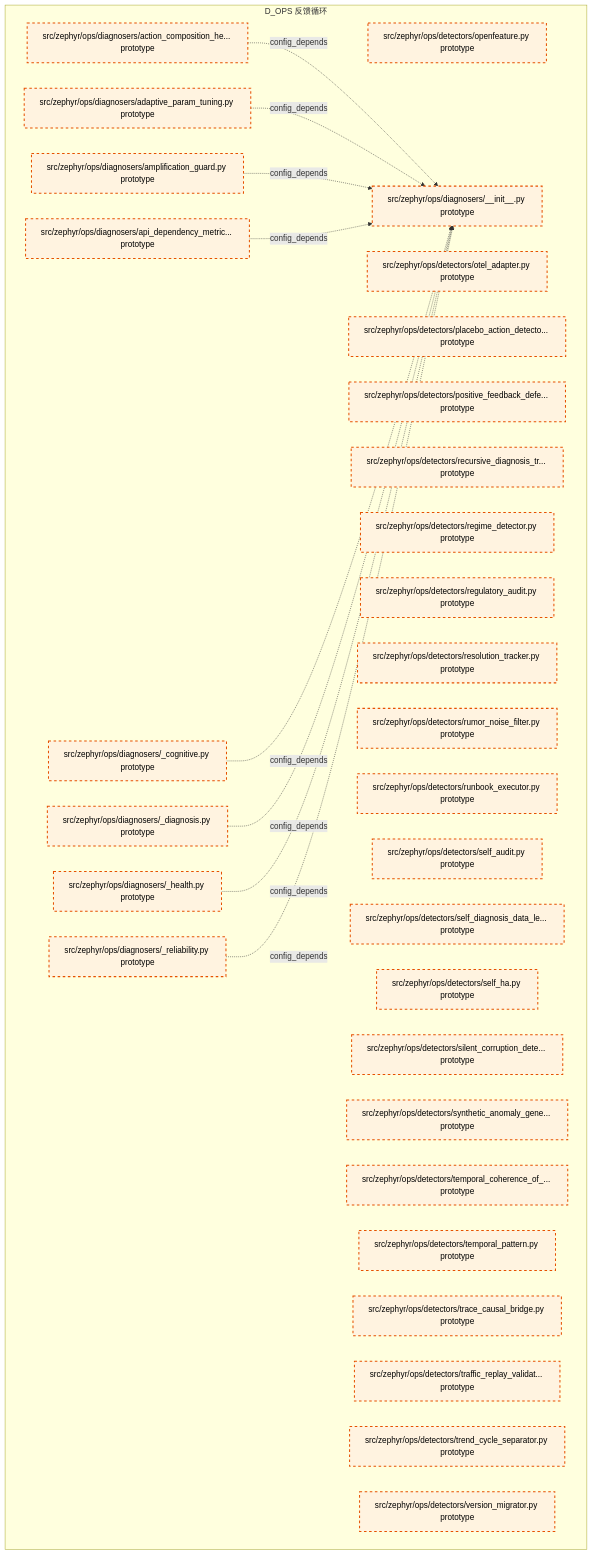
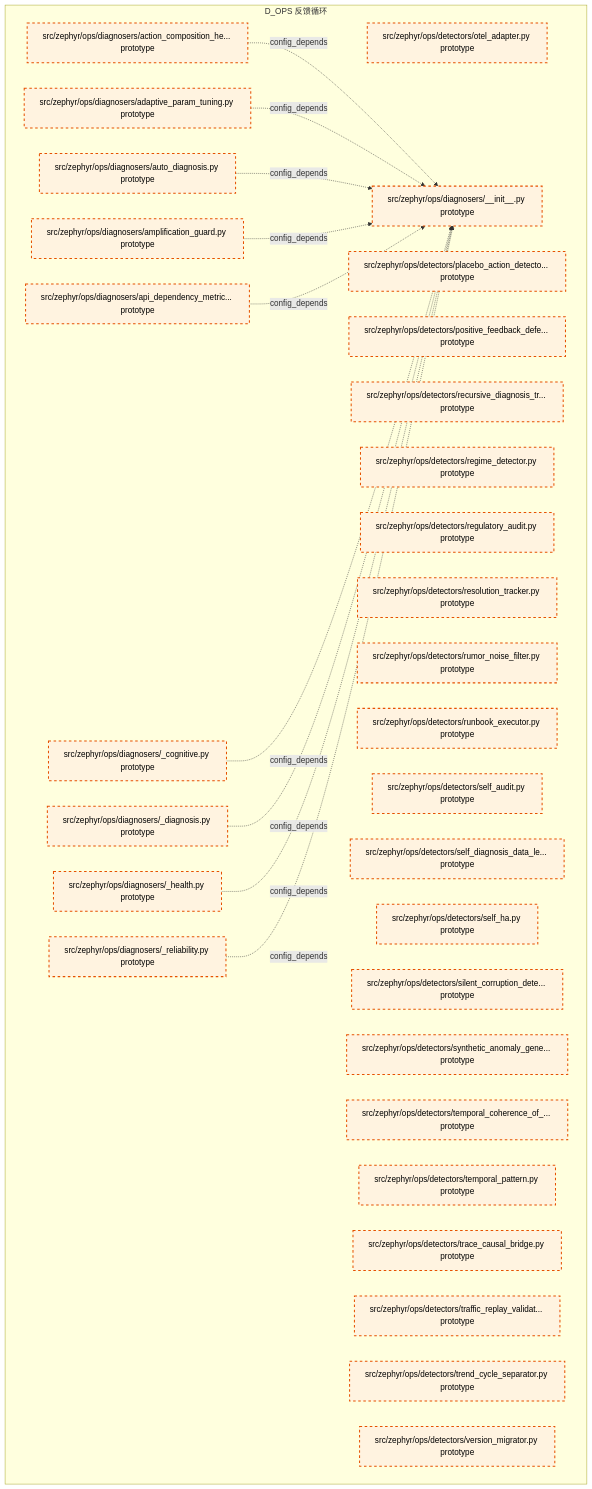
The fifth of 14 diagrams in docs/02_enterprise_architecture/02_domain_architecture_docs/16_d_ops.md (xuanFelixVan/ZephyrAlpha), drawn with Mermaid before and after one commit. The commit also changed other lines of this file and 105 other files, not shown here.

````diff
--- a/docs/02_enterprise_architecture/02_domain_architecture_docs/16_d_ops.md
+++ b/docs/02_enterprise_architecture/02_domain_architecture_docs/16_d_ops.md
@@ -324,48 +324,49 @@
 ```mermaid
 graph TD
     subgraph D_OPS["D_OPS 反馈循环"]
-        src_zephyr_ops_detectors_openfeature_py["src/zephyr/ops/detectors/openfeature.py prototype"]
         src_zephyr_ops_detectors_otel_adapter_py["src/zephyr/ops/detectors/otel_adapter.py prototype"]
         src_zephyr_ops_detectors_placebo_action_detector_py["src/zephyr/ops/detectors/placebo_action_detecto... prototype"]
         src_zephyr_ops_detectors_positive_feedback_defense_py["src/zephyr/ops/detectors/positive_feedback_defe... prototype"]
         src_zephyr_ops_detectors_recursive_diagnosis_trust_evaluator_py["src/zephyr/ops/detectors/recursive_diagnosis_tr... prototype"]
         src_zephyr_ops_detectors_regime_detector_py["src/zephyr/ops/detectors/regime_detector.py prototype"]
         src_zephyr_ops_detectors_regulatory_audit_py["src/zephyr/ops/detectors/regulatory_audit.py prototype"]
         src_zephyr_ops_detectors_resolution_tracker_py["src/zephyr/ops/detectors/resolution_tracker.py prototype"]
         src_zephyr_ops_detectors_rumor_noise_filter_py["src/zephyr/ops/detectors/rumor_noise_filter.py prototype"]
         src_zephyr_ops_detectors_runbook_executor_py["src/zephyr/ops/detectors/runbook_executor.py prototype"]
         src_zephyr_ops_detectors_self_audit_py["src/zephyr/ops/detectors/self_audit.py prototype"]
         src_zephyr_ops_detectors_self_diagnosis_data_leak_detector_py["src/zephyr/ops/detectors/self_diagnosis_data_le... prototype"]
         src_zephyr_ops_detectors_self_ha_py["src/zephyr/ops/detectors/self_ha.py prototype"]
         src_zephyr_ops_detectors_silent_corruption_detector_py["src/zephyr/ops/detectors/silent_corruption_dete... prototype"]
         src_zephyr_ops_detectors_synthetic_anomaly_generator_py["src/zephyr/ops/detectors/synthetic_anomaly_gene... prototype"]
         src_zephyr_ops_detectors_temporal_coherence_of_self_model_py["src/zephyr/ops/detectors/temporal_coherence_of_... prototype"]
         src_zephyr_ops_detectors_temporal_pattern_py["src/zephyr/ops/detectors/temporal_pattern.py prototype"]
         src_zephyr_ops_detectors_trace_causal_bridge_py["src/zephyr/ops/detectors/trace_causal_bridge.py prototype"]
         src_zephyr_ops_detectors_traffic_replay_validator_py["src/zephyr/ops/detectors/traffic_replay_validat... prototype"]
         src_zephyr_ops_detectors_trend_cycle_separator_py["src/zephyr/ops/detectors/trend_cycle_separator.py prototype"]
         src_zephyr_ops_detectors_version_migrator_py["src/zephyr/ops/detectors/version_migrator.py prototype"]
         src_zephyr_ops_diagnosers_init_py["src/zephyr/ops/diagnosers/__init__.py prototype"]
         src_zephyr_ops_diagnosers_cognitive_py["src/zephyr/ops/diagnosers/_cognitive.py prototype"]
         src_zephyr_ops_diagnosers_diagnosis_py["src/zephyr/ops/diagnosers/_diagnosis.py prototype"]
         src_zephyr_ops_diagnosers_health_py["src/zephyr/ops/diagnosers/_health.py prototype"]
         src_zephyr_ops_diagnosers_reliability_py["src/zephyr/ops/diagnosers/_reliability.py prototype"]
         src_zephyr_ops_diagnosers_action_composition_health_monitor_py["src/zephyr/ops/diagnosers/action_composition_he... prototype"]
         src_zephyr_ops_diagnosers_adaptive_param_tuning_py["src/zephyr/ops/diagnosers/adaptive_param_tuning.py prototype"]
         src_zephyr_ops_diagnosers_amplification_guard_py["src/zephyr/ops/diagnosers/amplification_guard.py prototype"]
         src_zephyr_ops_diagnosers_api_dependency_metrics_py["src/zephyr/ops/diagnosers/api_dependency_metric... prototype"]
+        src_zephyr_ops_diagnosers_auto_diagnosis_py["src/zephyr/ops/diagnosers/auto_diagnosis.py prototype"]
     end
     src_zephyr_ops_diagnosers_action_composition_health_monitor_py -.->|config_depends| src_zephyr_ops_diagnosers_init_py
     src_zephyr_ops_diagnosers_adaptive_param_tuning_py -.->|config_depends| src_zephyr_ops_diagnosers_init_py
+    src_zephyr_ops_diagnosers_auto_diagnosis_py -.->|config_depends| src_zephyr_ops_diagnosers_init_py
     src_zephyr_ops_diagnosers_amplification_guard_py -.->|config_depends| src_zephyr_ops_diagnosers_init_py
     src_zephyr_ops_diagnosers_api_dependency_metrics_py -.->|config_depends| src_zephyr_ops_diagnosers_init_py
     src_zephyr_ops_diagnosers_cognitive_py -.->|config_depends| src_zephyr_ops_diagnosers_init_py
     src_zephyr_ops_diagnosers_diagnosis_py -.->|config_depends| src_zephyr_ops_diagnosers_init_py
     src_zephyr_ops_diagnosers_health_py -.->|config_depends| src_zephyr_ops_diagnosers_init_py
     src_zephyr_ops_diagnosers_reliability_py -.->|config_depends| src_zephyr_ops_diagnosers_init_py
     classDef production fill:#e1f5fe,stroke:#01579b,stroke-width:2px,color:#000
     classDef design fill:#fff3e0,stroke:#e65100,stroke-width:2px,color:#000,stroke-dasharray: 5 5
     classDef external_prod fill:#e8f5e9,stroke:#1b5e20,stroke-width:1px,color:#000
     classDef external_design fill:#fce4ec,stroke:#880e4f,stroke-width:1px,color:#000,stroke-dasharray: 5 5
-    class src_zephyr_ops_detectors_openfeature_py,src_zephyr_ops_detectors_otel_adapter_py,src_zephyr_ops_detectors_placebo_action_detector_py,src_zephyr_ops_detectors_positive_feedback_defense_py,src_zephyr_ops_detectors_recursive_diagnosis_trust_evaluator_py,src_zephyr_ops_detectors_regime_detector_py,src_zephyr_ops_detectors_regulatory_audit_py,src_zephyr_ops_detectors_resolution_tracker_py,src_zephyr_ops_detectors_rumor_noise_filter_py,src_zephyr_ops_detectors_runbook_executor_py,src_zephyr_ops_detectors_self_audit_py,src_zephyr_ops_detectors_self_diagnosis_data_leak_detector_py,src_zephyr_ops_detectors_self_ha_py,src_zephyr_ops_detectors_silent_corruption_detector_py,src_zephyr_ops_detectors_synthetic_anomaly_generator_py,src_zephyr_ops_detectors_temporal_coherence_of_self_model_py,src_zephyr_ops_detectors_temporal_pattern_py,src_zephyr_ops_detectors_trace_causal_bridge_py,src_zephyr_ops_detectors_traffic_replay_validator_py,src_zephyr_ops_detectors_trend_cycle_separator_py,src_zephyr_ops_detectors_version_migrator_py,src_zephyr_ops_diagnosers_init_py,src_zephyr_ops_diagnosers_cognitive_py,src_zephyr_ops_diagnosers_diagnosis_py,src_zephyr_ops_diagnosers_health_py,src_zephyr_ops_diagnosers_reliability_py,src_zephyr_ops_diagnosers_action_composition_health_monitor_py,src_zephyr_ops_diagnosers_adaptive_param_tuning_py,src_zephyr_ops_diagnosers_amplification_guard_py,src_zephyr_ops_diagnosers_api_dependency_metrics_py design
+    class src_zephyr_ops_detectors_otel_adapter_py,src_zephyr_ops_detectors_placebo_action_detector_py,src_zephyr_ops_detectors_positive_feedback_defense_py,src_zephyr_ops_detectors_recursive_diagnosis_trust_evaluator_py,src_zephyr_ops_detectors_regime_detector_py,src_zephyr_ops_detectors_regulatory_audit_py,src_zephyr_ops_detectors_resolution_tracker_py,src_zephyr_ops_detectors_rumor_noise_filter_py,src_zephyr_ops_detectors_runbook_executor_py,src_zephyr_ops_detectors_self_audit_py,src_zephyr_ops_detectors_self_diagnosis_data_leak_detector_py,src_zephyr_ops_detectors_self_ha_py,src_zephyr_ops_detectors_silent_corruption_detector_py,src_zephyr_ops_detectors_synthetic_anomaly_generator_py,src_zephyr_ops_detectors_temporal_coherence_of_self_model_py,src_zephyr_ops_detectors_temporal_pattern_py,src_zephyr_ops_detectors_trace_causal_bridge_py,src_zephyr_ops_detectors_traffic_replay_validator_py,src_zephyr_ops_detectors_trend_cycle_separator_py,src_zephyr_ops_detectors_version_migrator_py,src_zephyr_ops_diagnosers_init_py,src_zephyr_ops_diagnosers_cognitive_py,src_zephyr_ops_diagnosers_diagnosis_py,src_zephyr_ops_diagnosers_health_py,src_zephyr_ops_diagnosers_reliability_py,src_zephyr_ops_diagnosers_action_composition_health_monitor_py,src_zephyr_ops_diagnosers_adaptive_param_tuning_py,src_zephyr_ops_diagnosers_amplification_guard_py,src_zephyr_ops_diagnosers_api_dependency_metrics_py,src_zephyr_ops_diagnosers_auto_diagnosis_py design
 ```
````
